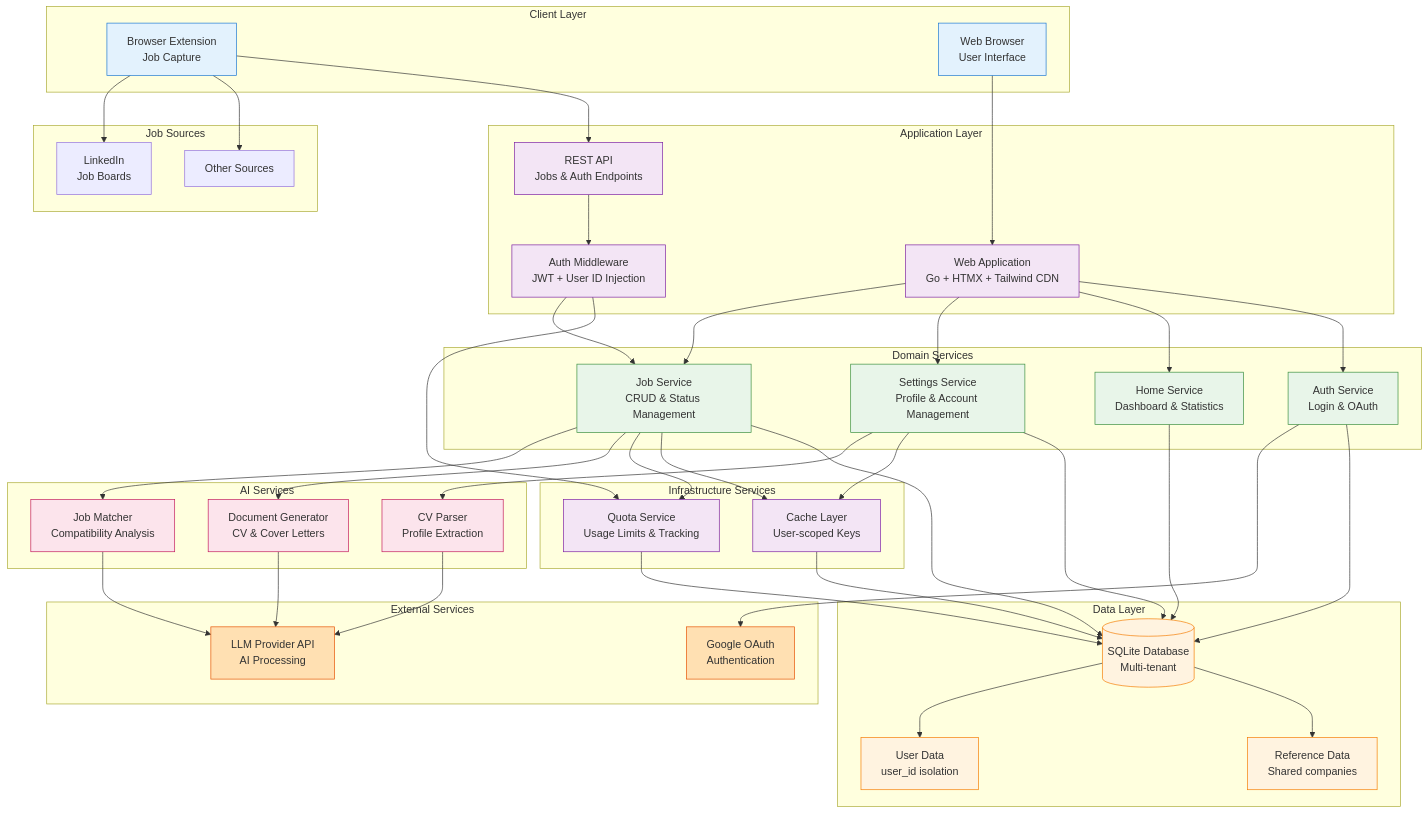
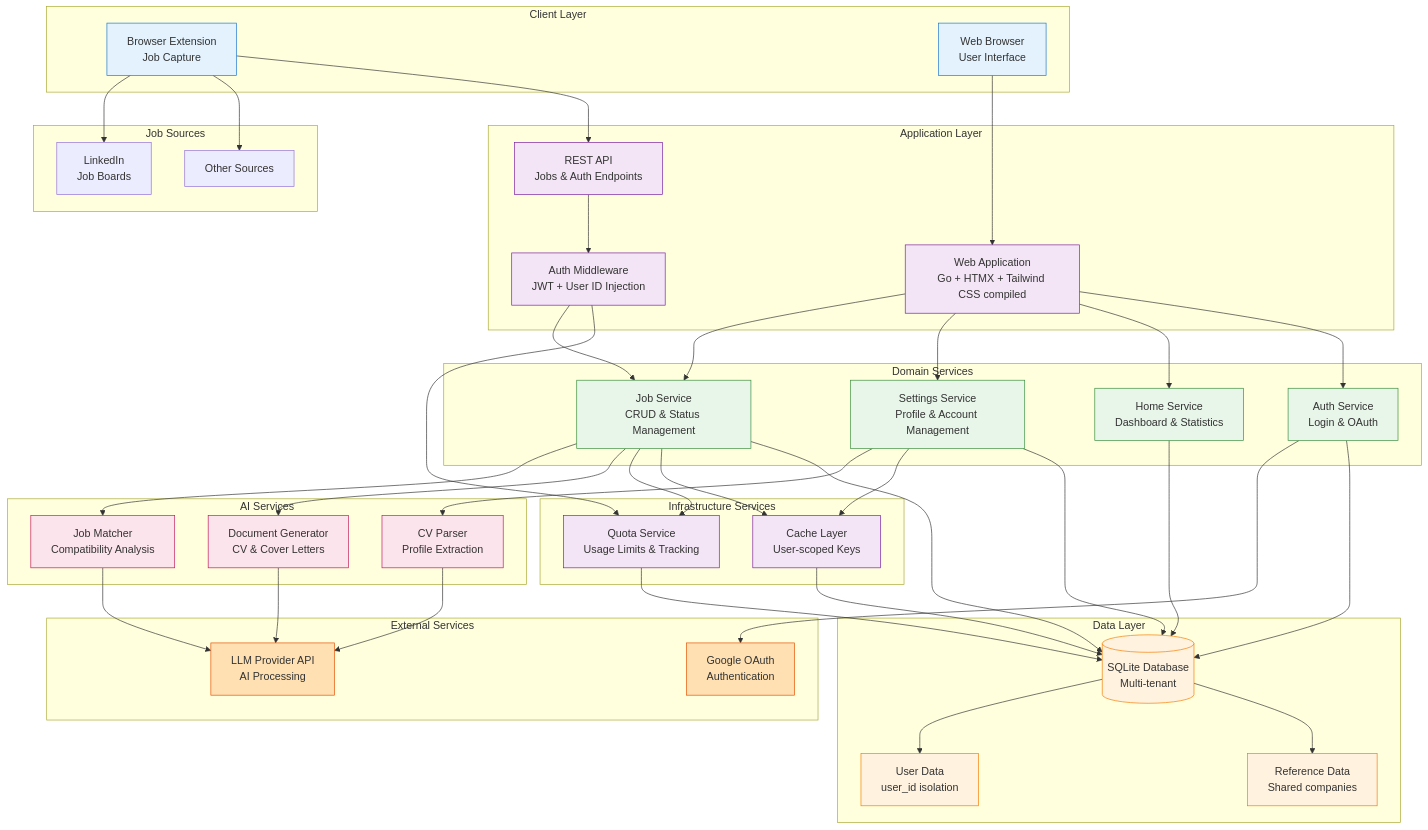
The diagram in docs/ARCHITECTURE.md (benidevo/vega-ai), drawn with Mermaid before and after one commit. The commit also changed other lines of this file and 11 other files, not shown here.

```diff
--- a/docs/ARCHITECTURE.md
+++ b/docs/ARCHITECTURE.md
@@ -17,7 +17,7 @@
     end
 
     subgraph "Application Layer"
-        WA[Web Application<br/>Go + HTMX + Tailwind CDN]
+        WA[Web Application<br/>Go + HTMX + Tailwind CSS compiled]
         API[REST API<br/>Jobs & Auth Endpoints]
         MW[Auth Middleware<br/>JWT + User ID Injection]
     end
```
